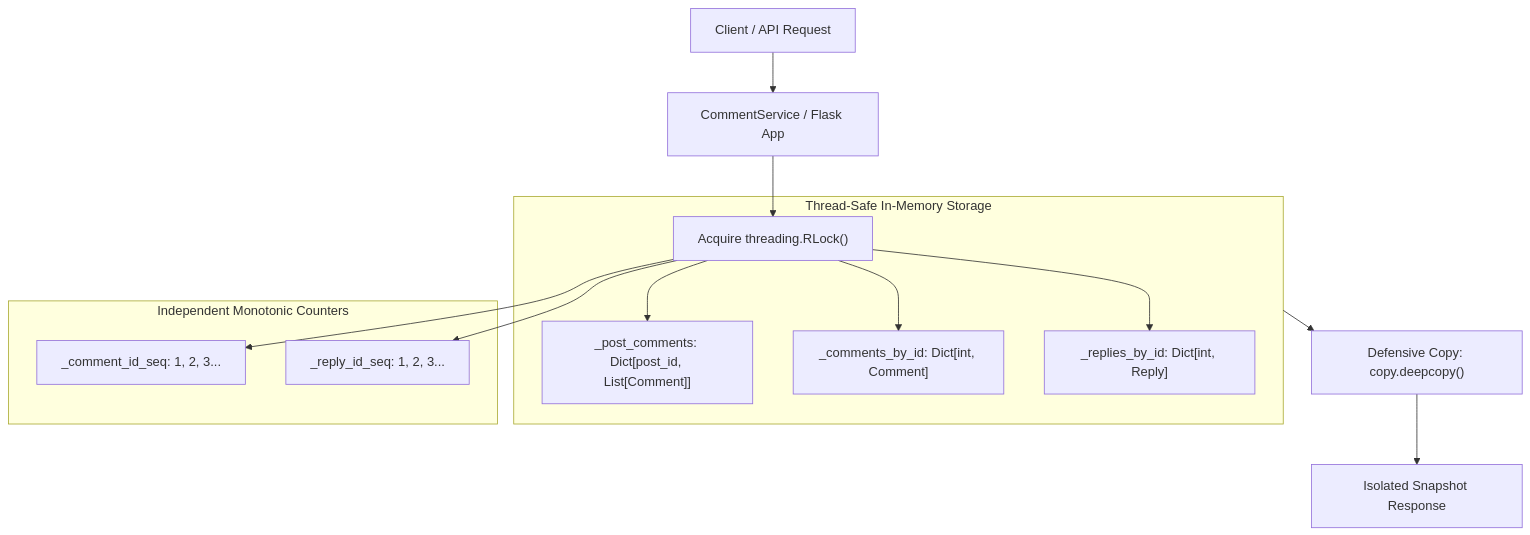
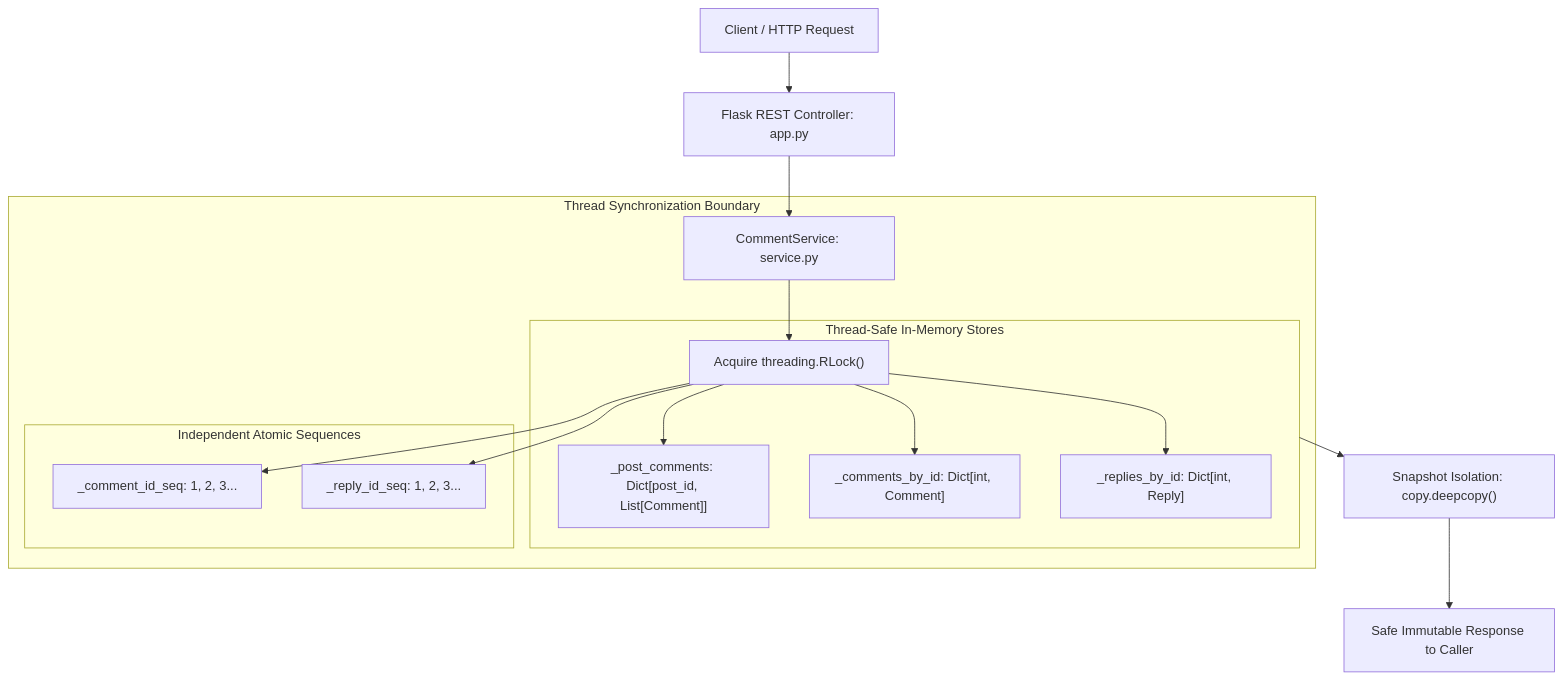
The diagram in Proj_02/README.md (AmanBanik/Illegal_prolly), drawn with Mermaid before and after one commit. The commit also changed other lines of this file and 2 other files, not shown here.

Commit message:
docs(Proj_02): complete Stage 3 with video walkthrough embed, architectural blueprint thumbnail, and root status

````diff
--- a/Proj_02/README.md
+++ b/Proj_02/README.md
@@ -52,20 +55,23 @@
 ```mermaid
 flowchart TD
-    Client["Client / API Request"] --> Gateway["CommentService / Flask App"]
+    Client["Client / HTTP Request"] --> API["Flask REST Controller: app.py"]
+    API --> Svc["CommentService: service.py"]
     
-    Gateway --> Lock["Acquire threading.RLock()"]
-    
-    subgraph Storage ["Thread-Safe In-Memory Storage"]
-        Lock --> Partitions["_post_comments: Dict[post_id, List[Comment]]"]
-        Lock --> CommentIndex["_comments_by_id: Dict[int, Comment]"]
-        Lock --> ReplyIndex["_replies_by_id: Dict[int, Reply]"]
+    subgraph LockBoundary ["Thread Synchronization Boundary"]
+        Svc --> Lock["Acquire threading.RLock()"]
+        
+        subgraph Storage ["Thread-Safe In-Memory Stores"]
+            Lock --> Partitions["_post_comments: Dict[post_id, List[Comment]]"]
+            Lock --> CommentIdx["_comments_by_id: Dict[int, Comment]"]
+            Lock --> ReplyIdx["_replies_by_id: Dict[int, Reply]"]
+        end
+        
+        subgraph SequenceRegisters ["Independent Atomic Sequences"]
+            Lock --> SeqC["_comment_id_seq: 1, 2, 3..."]
+            Lock --> SeqR["_reply_id_seq: 1, 2, 3..."]
+        end
     end
     
-    subgraph Sequences ["Independent Monotonic Counters"]
-        Lock --> SeqC["_comment_id_seq: 1, 2, 3..."]
-        Lock --> SeqR["_reply_id_seq: 1, 2, 3..."]
-    end
-    
-    Storage --> Snapshot["Defensive Copy: copy.deepcopy()"]
-    Snapshot --> ClientResponse["Isolated Snapshot Response"]
+    Storage --> DeepCopy["Snapshot Isolation: copy.deepcopy()"]
+    DeepCopy --> Response["Safe Immutable Response to Caller"]
 ```
````
